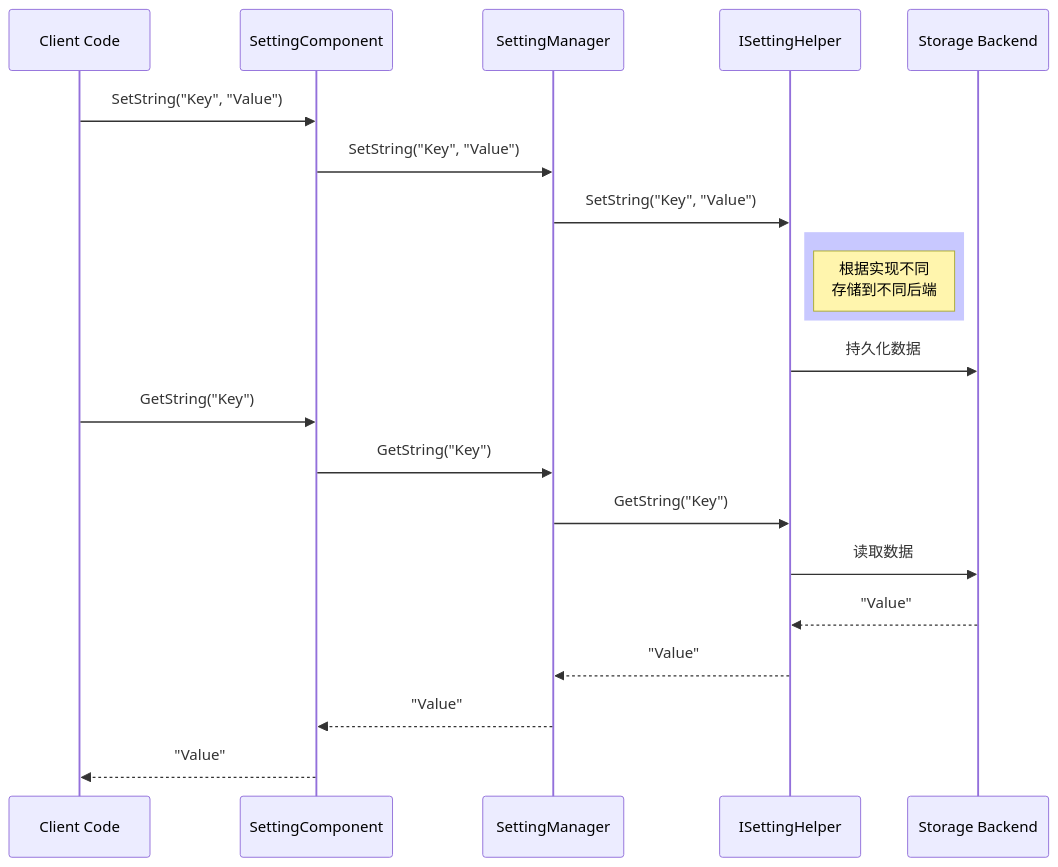
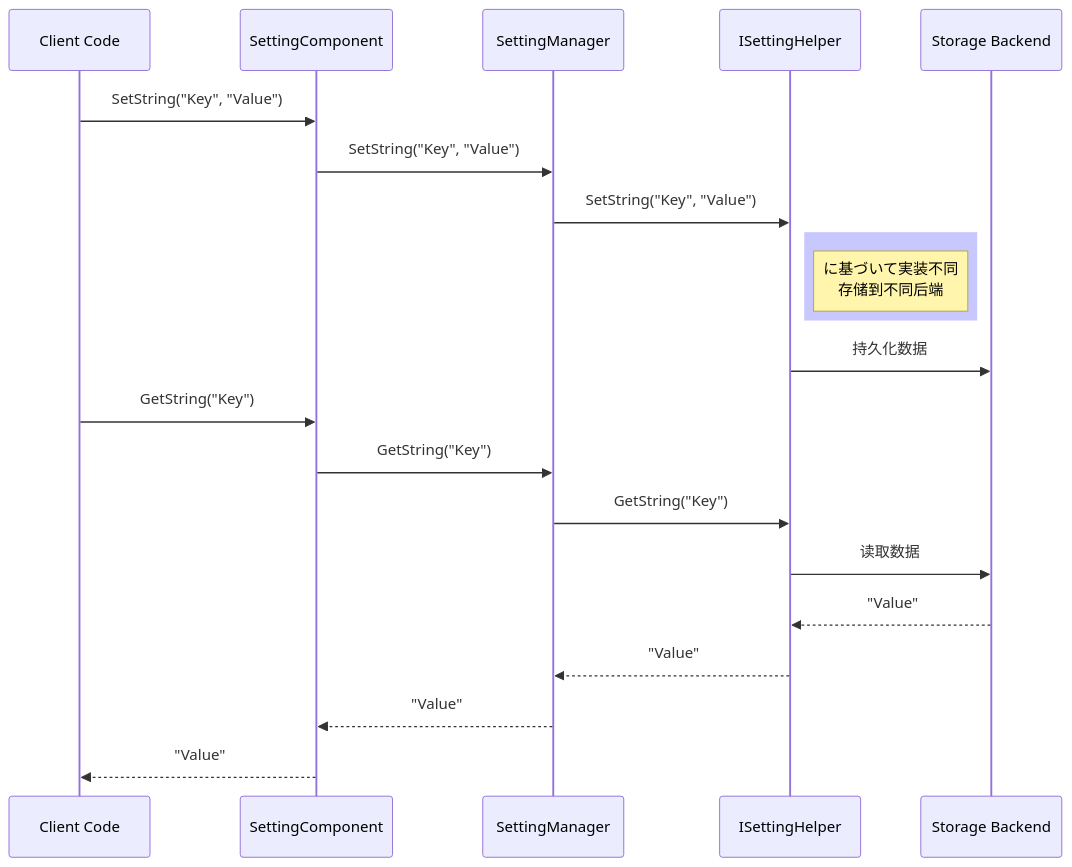
One commit to AlianBlank/GameFrameX.Docs changed the second of 2 diagrams in docs/ja/client/unity/component/setting/07.api-reference.md. Above: the diagram before and after it, drawn with Mermaid. The commit also changed other lines of this file and 603 other files, not shown here.

````diff
--- a/docs/ja/client/unity/component/setting/07.api-reference.md
+++ b/docs/ja/client/unity/component/setting/07.api-reference.md
@@ -730,27 +730,27 @@
 ```mermaid
 sequenceDiagram
     participant C as Client Code
     participant SC as SettingComponent
     participant SM as SettingManager
     participant SH as ISettingHelper
     participant Storage as Storage Backend
 
     C->>SC: SetString("Key", "Value")
     SC->>SM: SetString("Key", "Value")
     SM->>SH: SetString("Key", "Value")
 
     rect rgb(200, 200, 255)
-    note right of SH: 根据实现不同<br/>存储到不同后端
+    note right of SH: に基づいて実装不同<br/>存储到不同后端
     end
 
     SH->>Storage: 持久化数据
 
     C->>SC: GetString("Key")
     SC->>SM: GetString("Key")
     SM->>SH: GetString("Key")
     SH->>Storage: 读取数据
     Storage-->>SH: "Value"
     SH-->>SM: "Value"
     SM-->>SC: "Value"
     SC-->>C: "Value"
 ```
````
